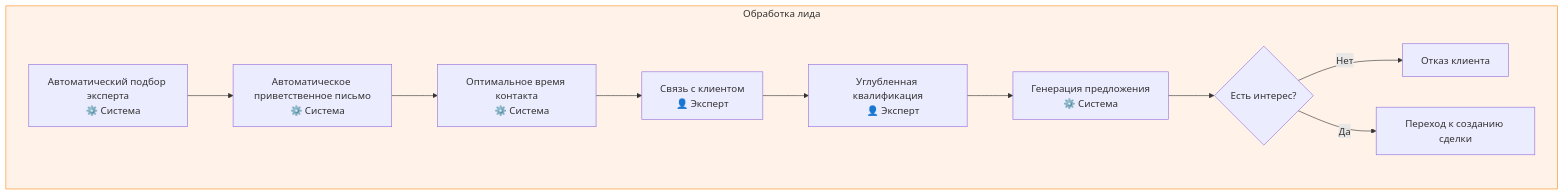
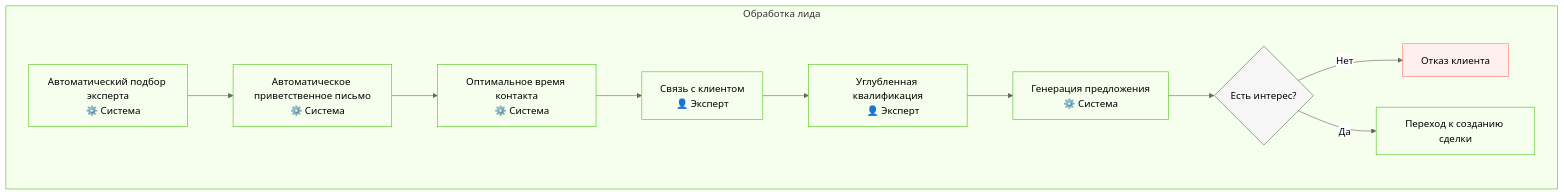
Before and after one commit to electronic777/Trust-PF-Docs: the fourth of 5 diagrams in README.md, drawn with Mermaid. The commit also changed other lines of this file, not shown here.

````diff
--- a/README.md
+++ b/README.md
@@ -279,42 +447,61 @@
 ```mermaid
+%%{init: {
+  'theme': 'neutral',
+  'themeVariables': {
+    'primaryColor': '#f4f4f4',
+    'primaryTextColor': '#333',
+    'primaryBorderColor': '#ddd',
+    'lineColor': '#666',
+    'secondaryColor': '#f0f7ff',
+    'tertiaryColor': '#fff'
+  }
+}}%%
 flowchart TD
  subgraph processing["Обработка лида"]
     expertAssignment["Автоматический подбор эксперта
     ⚙️ Система"]
     
     welcomeMessage["Автоматическое приветственное письмо
     ⚙️ Система"]
     
     scheduleContact["Оптимальное время контакта
     ⚙️ Система"]
     
     expertContact["Связь с клиентом
     👤 Эксперт"]
     
     deepQualification["Углубленная квалификация
     👤 Эксперт"]
     
     proposalGeneration["Генерация предложения
     ⚙️ Система"]
     
     clientFeedback{"Есть интерес?"}
     
     rejection["Отказ клиента"]
     
     expertAssignment --> welcomeMessage
     welcomeMessage --> scheduleContact
     scheduleContact --> expertContact
     expertContact --> deepQualification
     deepQualification --> proposalGeneration
     proposalGeneration --> clientFeedback
     clientFeedback -- "Нет" --> rejection
     clientFeedback -- "Да" --> dealFlow
     dealFlow["Переход к созданию сделки"]
  end
  
  %% Стили для блоков
- classDef processingBlock fill:#fff2e8,stroke:#fa8c16
+ style processing fill:#f6ffed,stroke:#52c41a,stroke-width:1px
  
- %% Применение стилей
- processing:::processingBlock
+ %% Стили для элементов
+ style expertAssignment fill:#f6ffed,stroke:#52c41a,stroke-width:1px
+ style welcomeMessage fill:#f6ffed,stroke:#52c41a,stroke-width:1px
+ style scheduleContact fill:#f6ffed,stroke:#52c41a,stroke-width:1px
+ style expertContact fill:#f6ffed,stroke:#52c41a,stroke-width:1px
+ style deepQualification fill:#f6ffed,stroke:#52c41a,stroke-width:1px
+ style proposalGeneration fill:#f6ffed,stroke:#52c41a,stroke-width:1px
+ style clientFeedback fill:#f6f6f6,stroke:#666,stroke-width:1px
+ style rejection fill:#fff0f0,stroke:#ff7875,stroke-width:1px
+ style dealFlow fill:#f6ffed,stroke:#52c41a,stroke-width:1px
 ```
````
